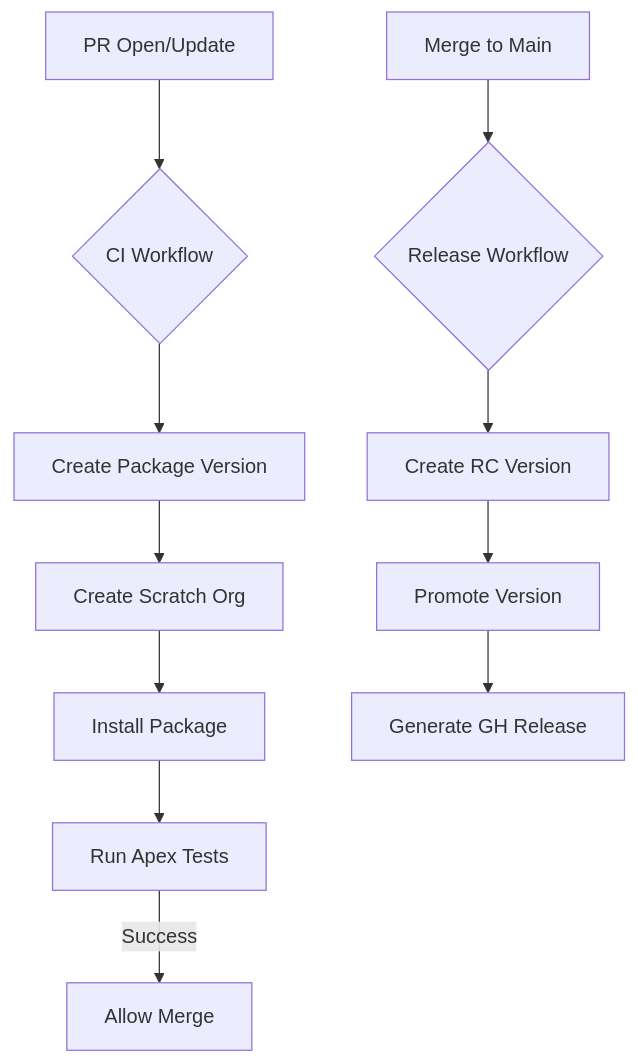
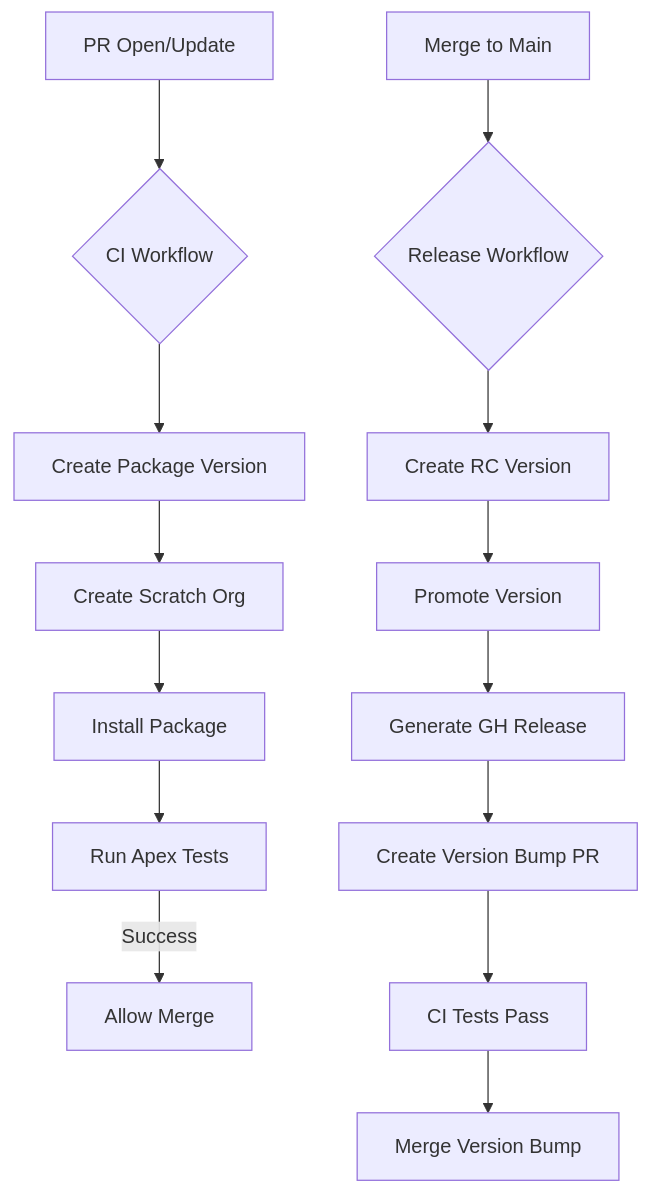
Before and after one commit to Santiago01011/integration-events-framework: the diagram in docs/CI/CD.md, drawn with Mermaid. The commit also changed other lines of this file, not shown here.

Commit message:
docs: update CI/CD documentation to reflect PR-based version bump

````diff
--- a/docs/CI/CD.md
+++ b/docs/CI/CD.md
@@ -11,14 +11,17 @@
 ```mermaid
 graph TD
     A[PR Open/Update] --> B{CI Workflow}
     B --> C[Create Package Version]
     C --> D[Create Scratch Org]
     D --> E[Install Package]
     E --> F[Run Apex Tests]
     F -->|Success| G[Allow Merge]
 
     H[Merge to Main] --> I{Release Workflow}
     I --> J[Create RC Version]
     J --> K[Promote Version]
     K --> L[Generate GH Release]
+    L --> M[Create Version Bump PR]
+    M --> N[CI Tests Pass]
+    N --> O[Merge Version Bump]
 ```
````
